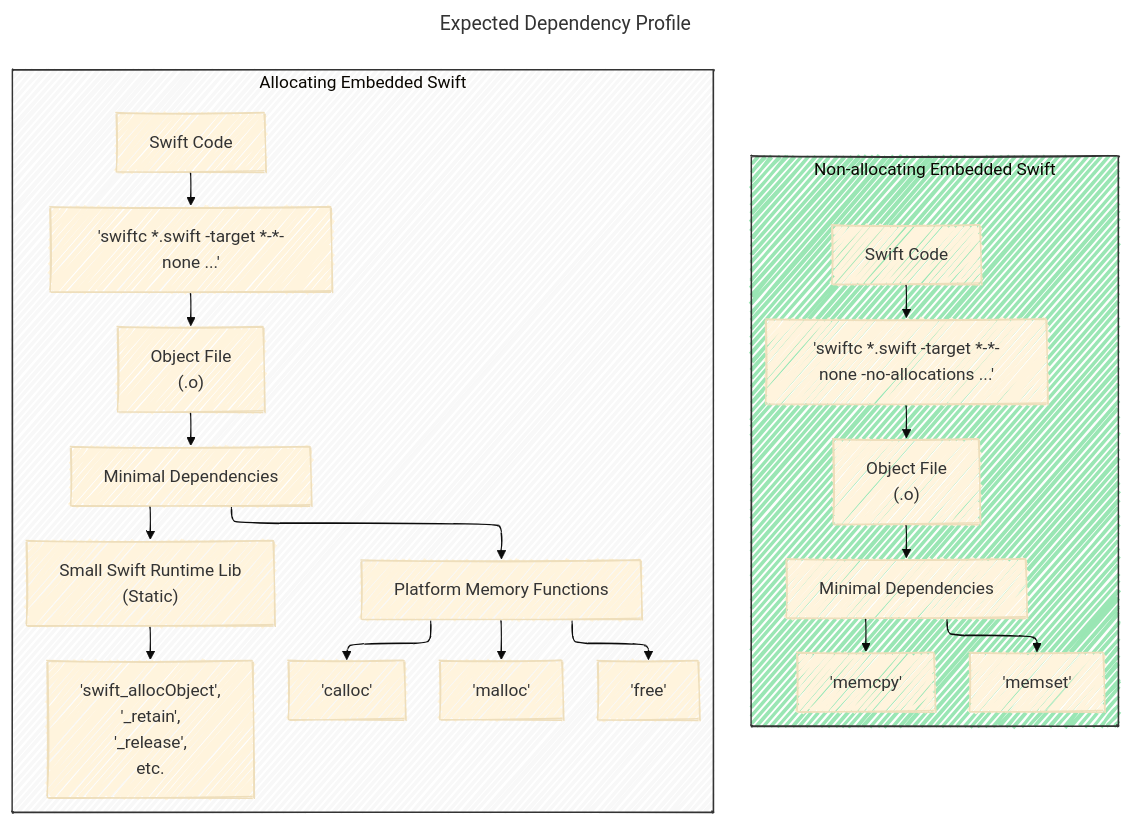
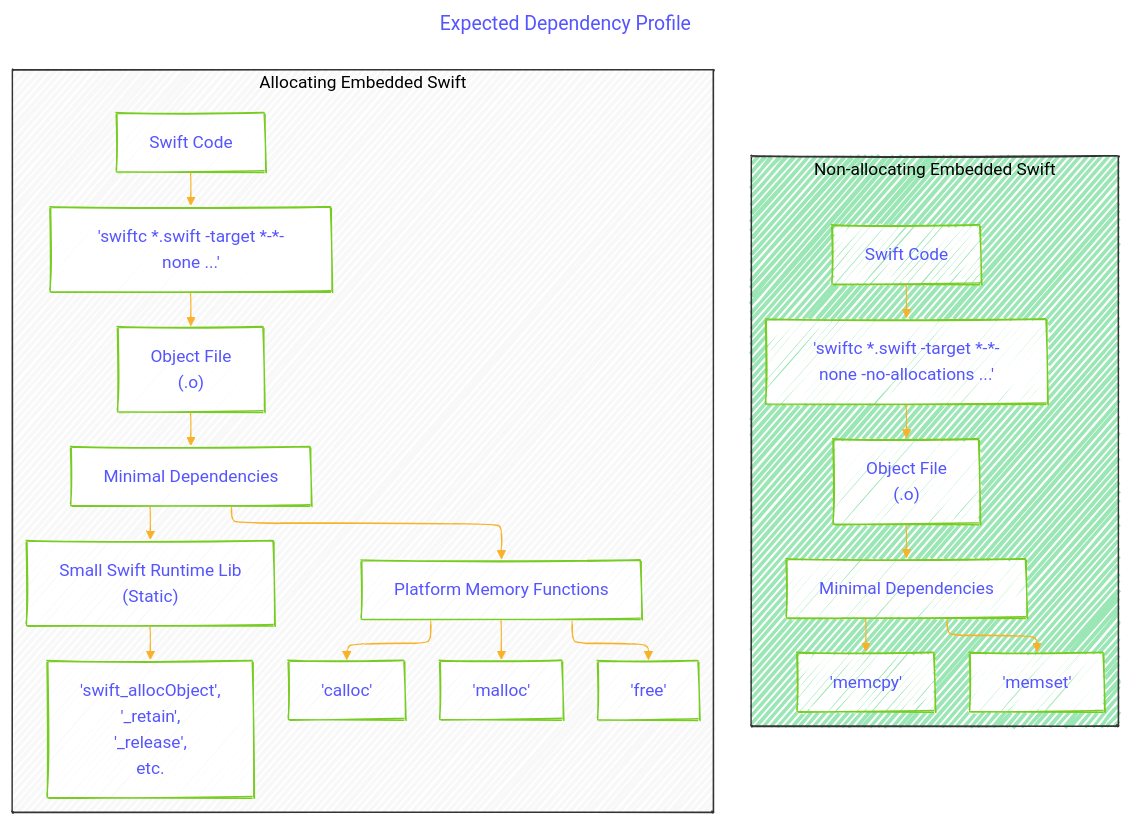
Before and after one commit to CongLeSolutionX/iOS-development-vault: the sixth of 6 diagrams in SWIFT_EVOLUTION/VISIONS/A_Vision_for_Embedded_Swift.md, drawn with Mermaid. The commit also changed other lines of this file, not shown here.

````diff
--- a/SWIFT_EVOLUTION/VISIONS/A_Vision_for_Embedded_Swift.md
+++ b/SWIFT_EVOLUTION/VISIONS/A_Vision_for_Embedded_Swift.md
@@ -377,59 +363,55 @@
 ```mermaid
 ---
 title: "Expected Dependency Profile"
 author: "Cong Le"
 version: "1.0"
 license(s): "MIT, CC BY 4.0"
 copyright: "Copyright (c) 2025 Cong Le. All Rights Reserved."
 config:
   layout: elk
   look: handDrawn
   theme: base
 ---
 %%%%%%%% Mermaid version v11.4.1-b.14
 %%%%%%%% Forest Trail Palette Theme
 %%%%%%%% Toggle theme value to `dark` or other built-in themes to disable this customized theme.
 %%%%%%%% Available curve styles include: basis, bumpX, bumpY, cardinal, catmullRom, linear, monotoneX, monotoneY, natural, step, stepAfter, stepBefore.
 %%{
   init: {
     'graph': { 'htmlLabels': false, 'curve': 'linear' },
-    'fontFamily': 'Verdana, Arial, sans-serif',
+    'fontFamily': 'Fantasy',
     'themeVariables': {
-      'primaryColor': '#F8F8F8',                   /* Neutral Light (Node Background) */
-      'primaryTextColor': '#4A4A4A',               /* Neutral Dark (Text Color) */
-      'primaryBorderColor': '#38A169',             /* Primary Green (Border Color) */
-      'lineColor': '#B0B0B0',                       /* Neutral Medium Gray (Arrow/Line Color) */
-      'secondaryColor': '#9AE6B4',                 /* Secondary Green (Alt Node Background) */
-      'tertiaryColor': '#A0522D'                   /* Accent Brown (Special Node Background) */
-      /* Other Palette Colors (Use with 'style'):
-         Accent Blue: #5A9BD1
-         Accent Cream: #F5F5DC (Needs dark text!)
-         White: #FFFFFF */
+      'primaryColor': '#ffff',
+      'primaryTextColor': '#55ff',
+      'primaryBorderColor': '#7c2',
+      'lineColor': '#F8B229',
+      'secondaryColor': '#006100',
+      'tertiaryColor': '#fff'
     }
   }
 }%%
 graph TD
     subgraph NonAllocating["Non-allocating Embedded Swift"]
         NA_Code[Swift Code] --> NA_Compile['swiftc *.swift -target *-*-none -no-allocations ...']
         NA_Compile --> NA_Object["Object File<br>(.o)"]
         NA_Object --> NA_Deps["Minimal Dependencies"]
         NA_Deps --> NA_Dep1['memcpy']
         NA_Deps --> NA_Dep2['memset']
     end
 
     subgraph Allocating["Allocating Embedded Swift"]
        A_Code[Swift Code] --> A_Compile['swiftc *.swift -target *-*-none ...']
        A_Compile --> A_Object["Object File<br>(.o)"]
        A_Object --> A_Deps[Minimal Dependencies]
        A_Deps --> A_Dep_Runtime["Small Swift Runtime Lib<br>(Static)"]
        A_Dep_Runtime --> RT1['swift_allocObject',<br> '_retain',<br> '_release',<br> etc.]
        A_Deps --> A_Dep_Platform[Platform Memory Functions]
        A_Dep_Platform --> PF1['malloc']
        A_Dep_Platform --> PF2['calloc']
        A_Dep_Platform --> PF3['free']
     end
 
     style NonAllocating fill:#9AE6B4, stroke:#333
     style Allocating fill:#F8F8F8, stroke:#333
     
 ```
````
